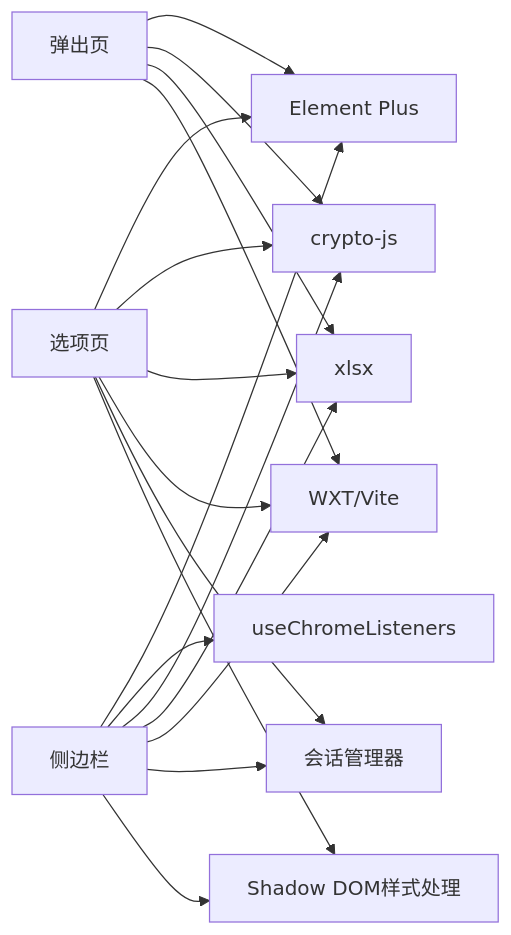
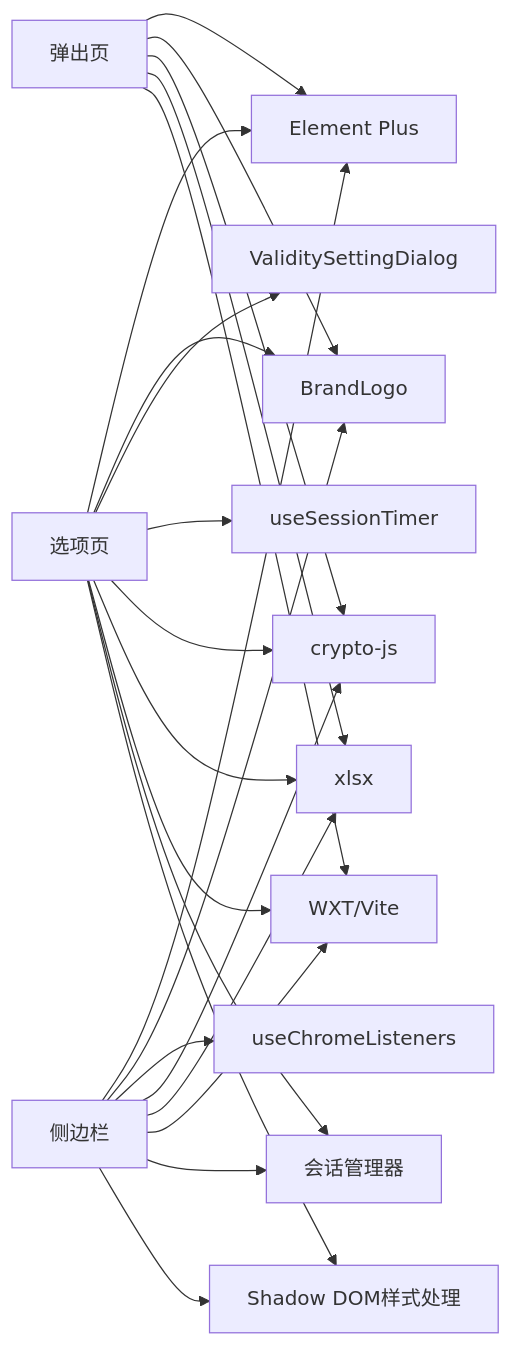
Before and after one commit to liaolongdong/account-password-helper: the ninth of 9 diagrams in .qoder/repowiki/zh/content/用户界面组件/用户界面组件.md, drawn with Mermaid. The commit also changed other lines of this file and 7 other files, not shown here.

````diff
--- a/.qoder/repowiki/zh/content/用户界面组件/用户界面组件.md
+++ b/.qoder/repowiki/zh/content/用户界面组件/用户界面组件.md
@@ -533,20 +745,25 @@
 ```mermaid
 graph LR
 Options["选项页"] --> EPlus["Element Plus"]
 Popup["弹出页"] --> EPlus
 SidePanel["侧边栏"] --> EPlus
+Options --> BrandLogo["BrandLogo"]
+Popup --> BrandLogo
+SidePanel --> BrandLogo
+Options --> ValidityDlg["ValiditySettingDialog"]
+Options --> SessionTimer["useSessionTimer"]
 SidePanel --> ChromeListeners["useChromeListeners"]
 Options --> Crypto["crypto-js"]
 SidePanel --> Crypto
 Popup --> Crypto
 Options --> XLSX["xlsx"]
 SidePanel --> XLSX
 Popup --> XLSX
 Options --> WXT["WXT/Vite"]
 Popup --> WXT
 SidePanel --> WXT
 Options --> SessionMgr["会话管理器"]
 SidePanel --> SessionMgr
 Options --> ShadowDom["Shadow DOM样式处理"]
 SidePanel --> ShadowDom
 ```
````
